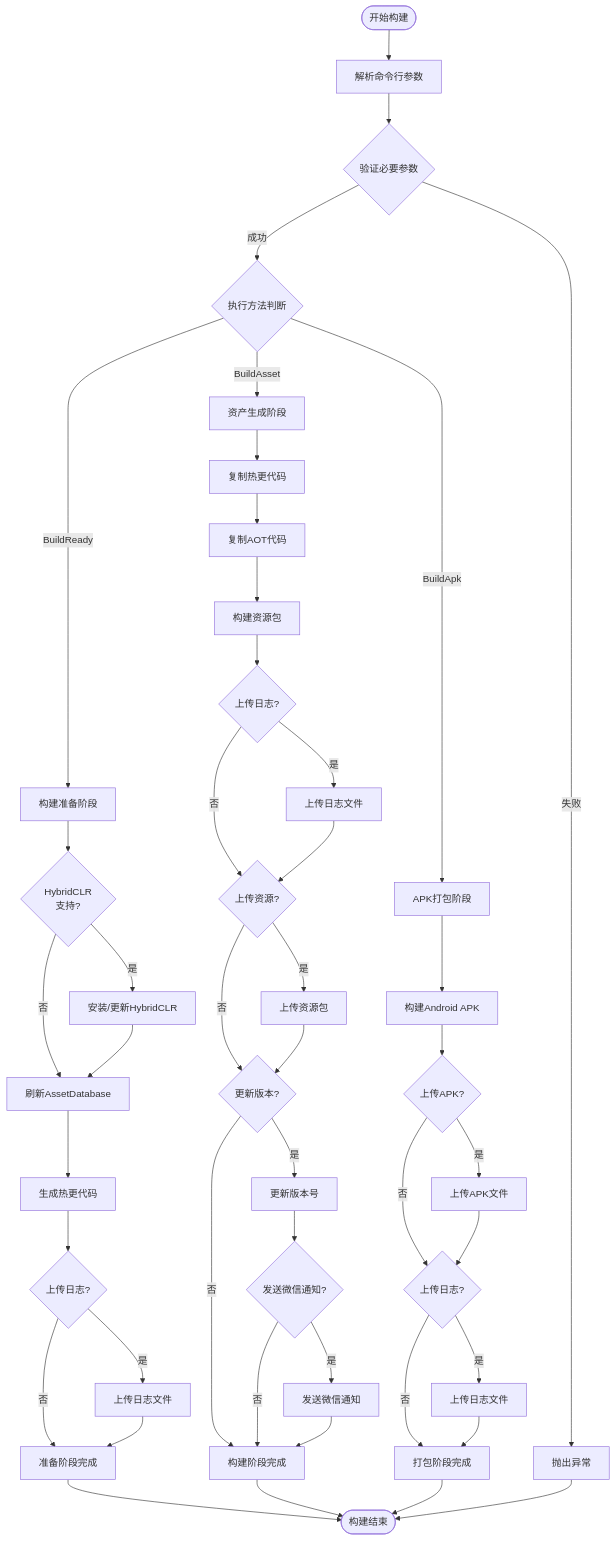
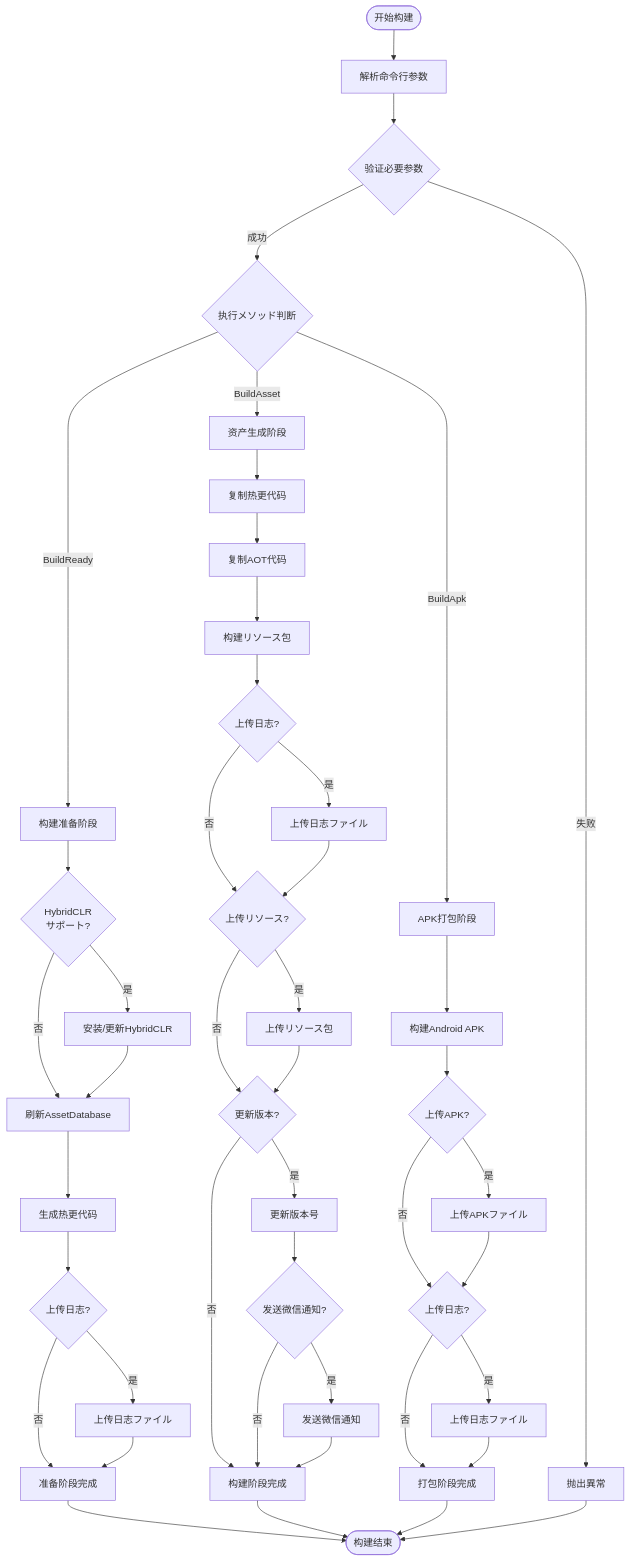
The second of 2 diagrams in docs/ja/client/unity/component/builder/01.overview.md (AlianBlank/GameFrameX.Docs), drawn with Mermaid before and after one commit. The commit also changed other lines of this file and 603 other files, not shown here.

````diff
--- a/docs/ja/client/unity/component/builder/01.overview.md
+++ b/docs/ja/client/unity/component/builder/01.overview.md
@@ -180,52 +180,52 @@
 ```mermaid
 flowchart TD
     Start([开始构建]) --> ParseArgs[解析命令行参数]
     ParseArgs --> Validate{验证必要参数}
-    Validate -->|失败| Error1[抛出异常]
-    Validate -->|成功| ExecuteMethod{执行方法判断}
+    Validate -->|失败| Error1[抛出異常]
+    Validate -->|成功| ExecuteMethod{执行メソッド判断}
     
     ExecuteMethod -->|BuildReady| Phase1[构建准备阶段]
     ExecuteMethod -->|BuildAsset| Phase2[资产生成阶段]
     ExecuteMethod -->|BuildApk| Phase3[APK打包阶段]
     
-    Phase1 --> HybridCLR{HybridCLR<br/>支持?}
+    Phase1 --> HybridCLR{HybridCLR<br/>サポート?}
     HybridCLR -->|是| InstallHC[安装/更新HybridCLR]
     HybridCLR -->|否| Refresh1[刷新AssetDatabase]
     InstallHC --> Refresh1
     Refresh1 --> Generate[生成热更代码]
     Generate --> UploadLog1{上传日志?}
-    UploadLog1 -->|是| UploadLogFile1[上传日志文件]
+    UploadLog1 -->|是| UploadLogFile1[上传日志ファイル]
     UploadLog1 -->|否| Phase1End[准备阶段完成]
     UploadLogFile1 --> Phase1End
     
     Phase2 --> CopyHotfix[复制热更代码]
     CopyHotfix --> CopyAOT[复制AOT代码]
-    CopyAOT --> BuildBundle[构建资源包]
+    CopyAOT --> BuildBundle[构建リソース包]
     BuildBundle --> UploadLog2{上传日志?}
-    UploadLog2 -->|是| UploadLogFile2[上传日志文件]
-    UploadLog2 -->|否| CheckAsset{上传资源?}
+    UploadLog2 -->|是| UploadLogFile2[上传日志ファイル]
+    UploadLog2 -->|否| CheckAsset{上传リソース?}
     UploadLogFile2 --> CheckAsset
-    CheckAsset -->|是| UploadBundle[上传资源包]
+    CheckAsset -->|是| UploadBundle[上传リソース包]
     CheckAsset -->|否| CheckVersion{更新版本?}
     UploadBundle --> CheckVersion
     CheckVersion -->|是| UpdateVersion[更新版本号]
     CheckVersion -->|否| Phase2End[构建阶段完成]
     UpdateVersion --> Notify{发送微信通知?}
     Notify -->|是| SendNotify[发送微信通知]
     Notify -->|否| Phase2End
     SendNotify --> Phase2End
     
     Phase3 --> BuildAndroid[构建Android APK]
     BuildAndroid --> UploadApk{上传APK?}
-    UploadApk -->|是| UploadAPKFile[上传APK文件]
+    UploadApk -->|是| UploadAPKFile[上传APKファイル]
     UploadApk -->|否| CheckLog3{上传日志?}
     UploadAPKFile --> CheckLog3
-    CheckLog3 -->|是| UploadLogFile3[上传日志文件]
+    CheckLog3 -->|是| UploadLogFile3[上传日志ファイル]
     CheckLog3 -->|否| Phase3End[打包阶段完成]
     UploadLogFile3 --> Phase3End
     
     Phase1End --> End([构建结束])
     Phase2End --> End
     Phase3End --> End
     Error1 --> End
 ```
````
